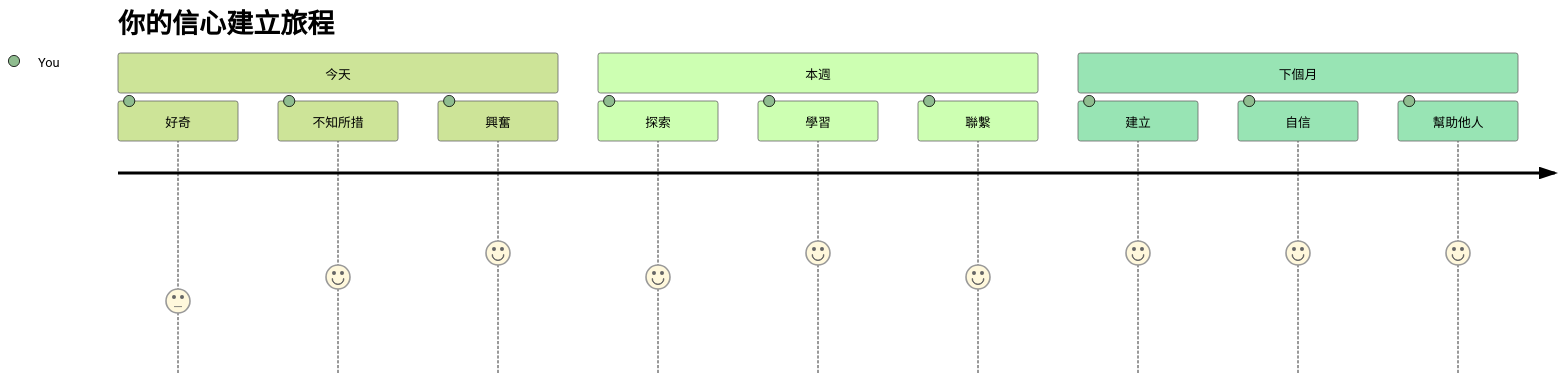
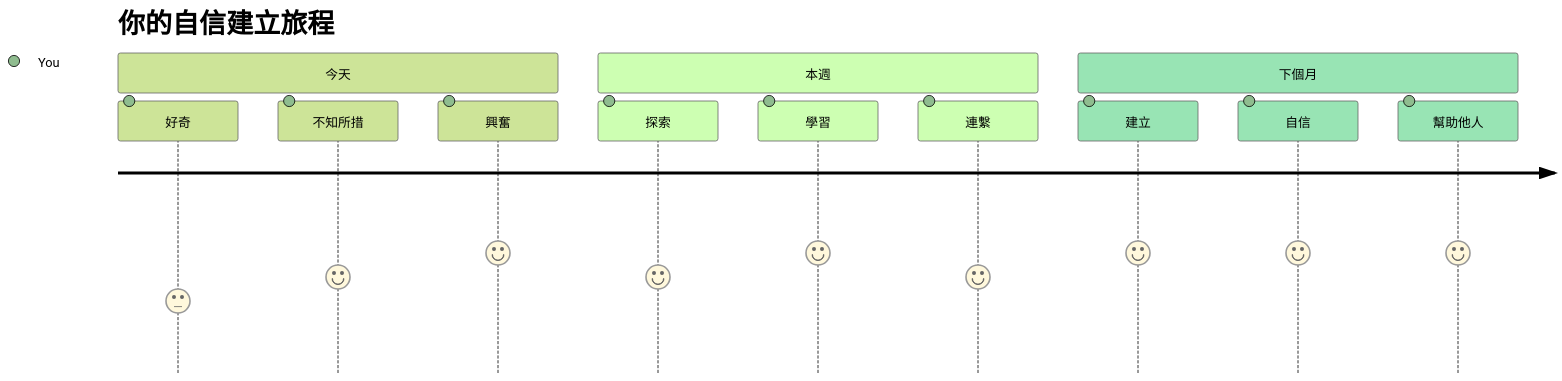
One commit to microsoft/Web-Dev-For-Beginners changed the seventh of 7 diagrams in translations/zh-HK/1-getting-started-lessons/1-intro-to-programming-languages/README.md. Above: the diagram before and after it, drawn with Mermaid (forest theme). The commit also changed other lines of this file and 8 other files, not shown here.

````diff
--- a/translations/zh-HK/1-getting-started-lessons/1-intro-to-programming-languages/README.md
+++ b/translations/zh-HK/1-getting-started-lessons/1-intro-to-programming-languages/README.md
@@ -831,16 +831,16 @@
 ```mermaid
 journey
-    title 你的信心建立旅程
+    title 你的自信建立旅程
     section 今天
       好奇: 3: You
       不知所措: 4: You
       興奮: 5: You
     section 本週
       探索: 4: You
       學習: 5: You
-      聯繫: 4: You
+      連繫: 4: You
     section 下個月
       建立: 5: You
       自信: 5: You
       幫助他人: 5: You
 ```
````
